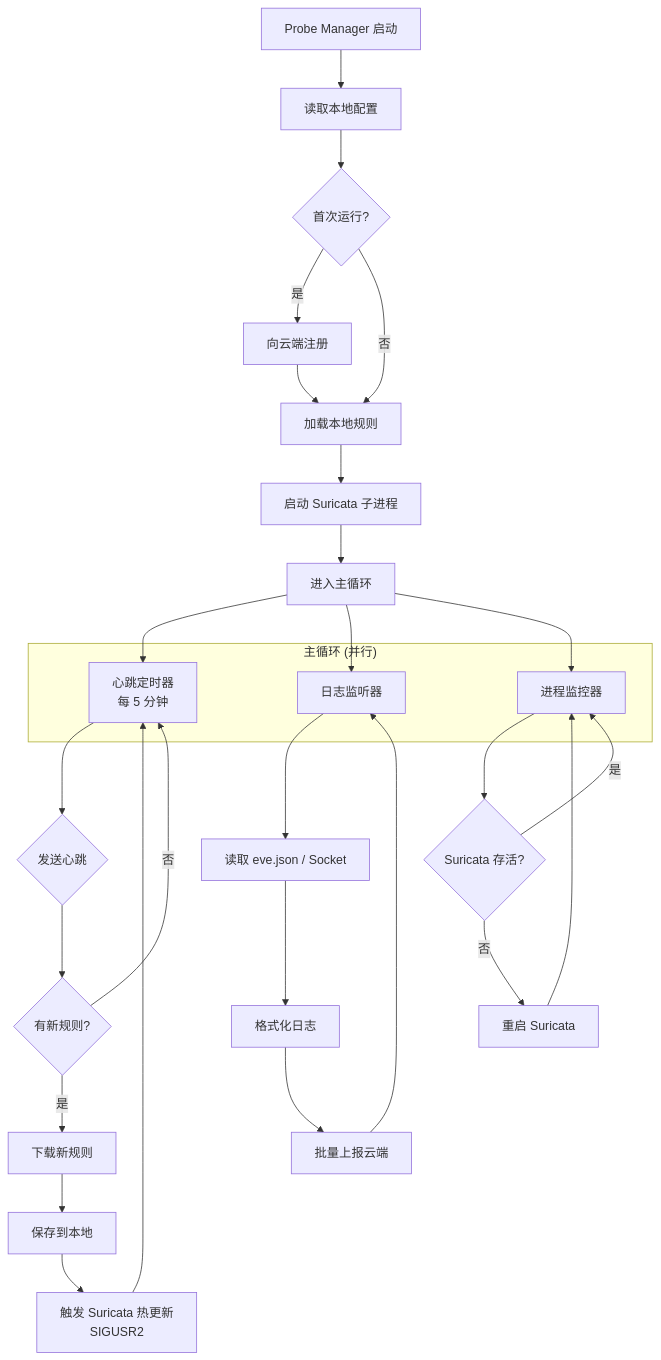
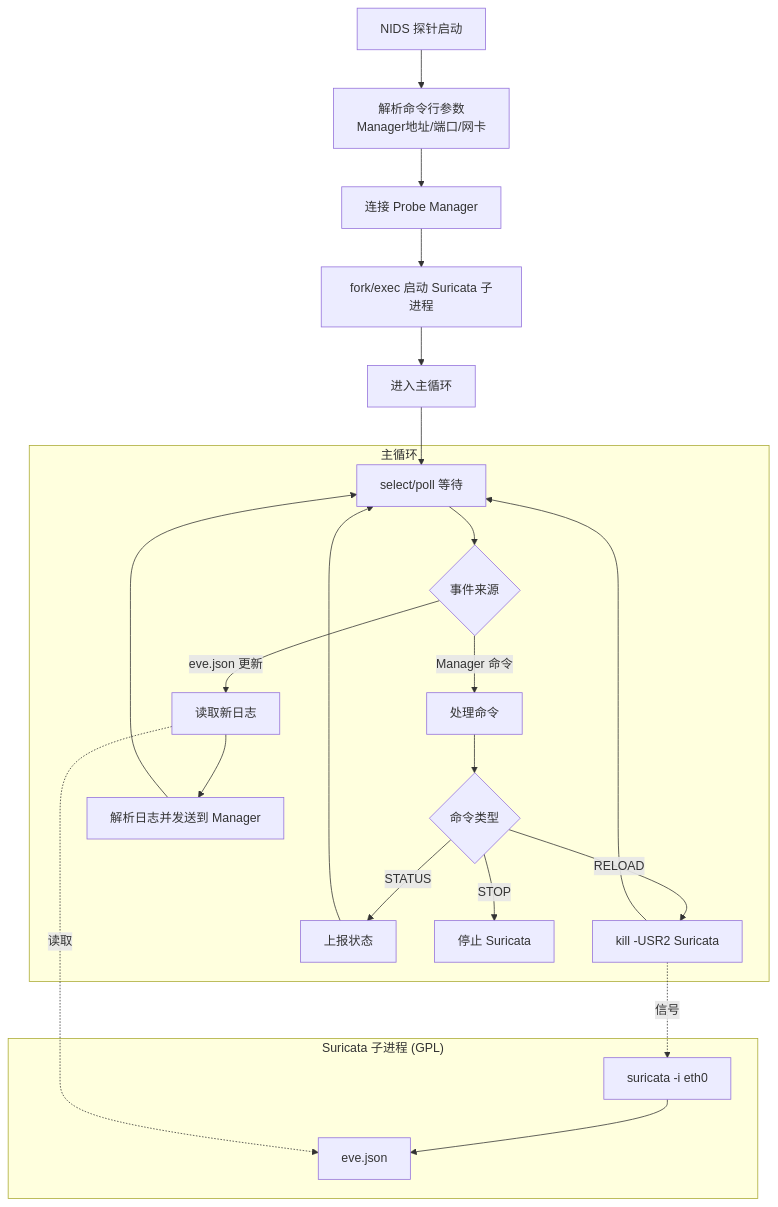
The ninth of 13 diagrams in specs/0001-spec.md (chenlehua/ai-idps), drawn with Mermaid before and after one commit. The commit also changed other lines of this file, not shown here.

Commit message:
feat: optimize architecture

````diff
--- a/specs/0001-spec.md
+++ b/specs/0001-spec.md
@@ -266,38 +564,32 @@
 ```mermaid
 flowchart TD
-    A[Probe Manager 启动] --> B[读取本地配置]
-    B --> C{首次运行?}
-    C -->|是| D[向云端注册]
-    C -->|否| E[加载本地规则]
-    D --> E
-    E --> F[启动 Suricata 子进程]
-    F --> G[进入主循环]
+    A[NIDS 探针启动] --> B[解析命令行参数<br/>Manager地址/端口/网卡]
+    B --> C[连接 Probe Manager]
+    C --> D[fork/exec 启动 Suricata 子进程]
+    D --> E[进入主循环]
 
-    subgraph 主循环["主循环 (并行)"]
-        H[心跳定时器<br/>每 5 分钟]
-        I[日志监听器]
-        J[进程监控器]
+    subgraph MainLoop["主循环"]
+        F[select/poll 等待]
+        F --> G{事件来源}
+        G -->|Manager 命令| H[处理命令]
+        G -->|eve.json 更新| I[读取新日志]
+        H --> J{命令类型}
+        J -->|RELOAD| K[kill -USR2 Suricata]
+        J -->|STATUS| L[上报状态]
+        J -->|STOP| M[停止 Suricata]
+        I --> N[解析日志并发送到 Manager]
+        K --> F
+        L --> F
+        N --> F
     end
 
-    G --> H
-    G --> I
-    G --> J
+    E --> F
 
-    H --> K{发送心跳}
-    K --> L{有新规则?}
-    L -->|是| M[下载新规则]
-    M --> N[保存到本地]
-    N --> O[触发 Suricata 热更新<br/>SIGUSR2]
-    L -->|否| H
-    O --> H
+    subgraph SuricataProcess["Suricata 子进程 (GPL)"]
+        SR[suricata -i eth0]
+        SR --> EVE[eve.json]
+    end
 
-    I --> P[读取 eve.json / Socket]
-    P --> Q[格式化日志]
-    Q --> R[批量上报云端]
-    R --> I
-
-    J --> S{Suricata 存活?}
-    S -->|否| T[重启 Suricata]
-    T --> J
-    S -->|是| J
+    I -.->|读取| EVE
+    K -.->|信号| SR
 ```
````
